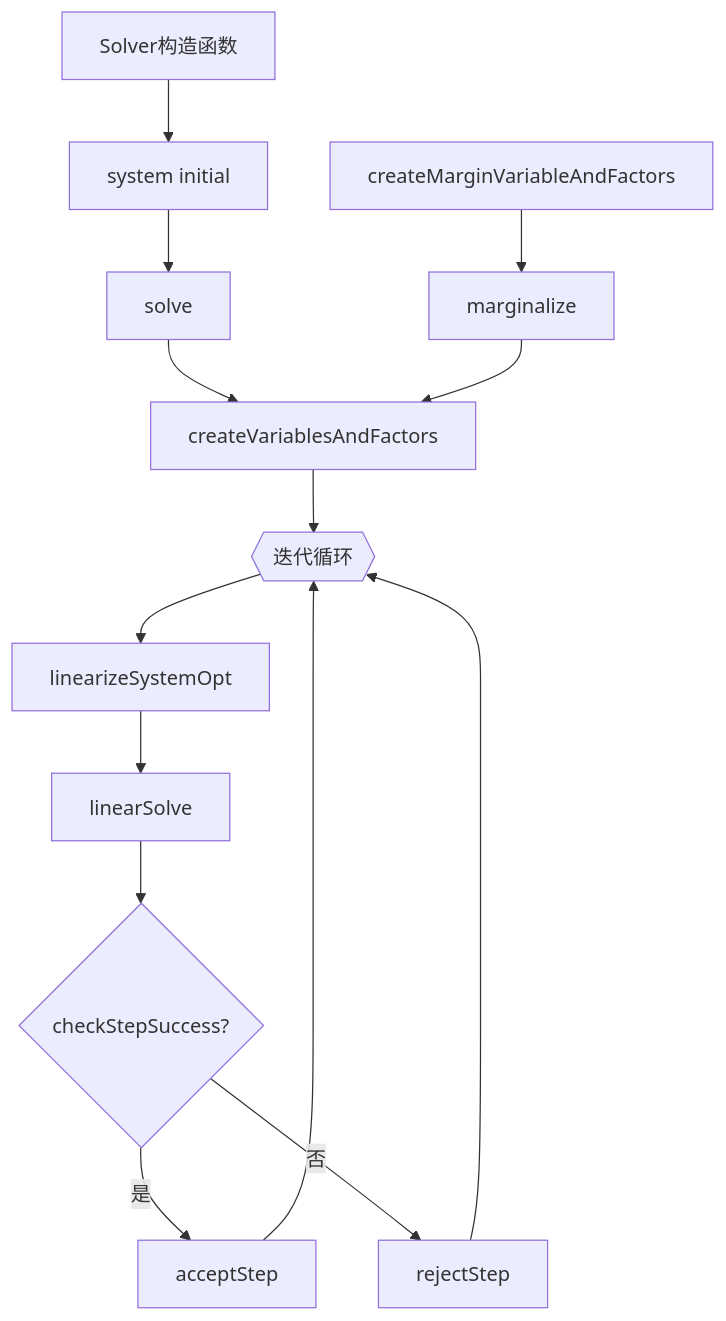
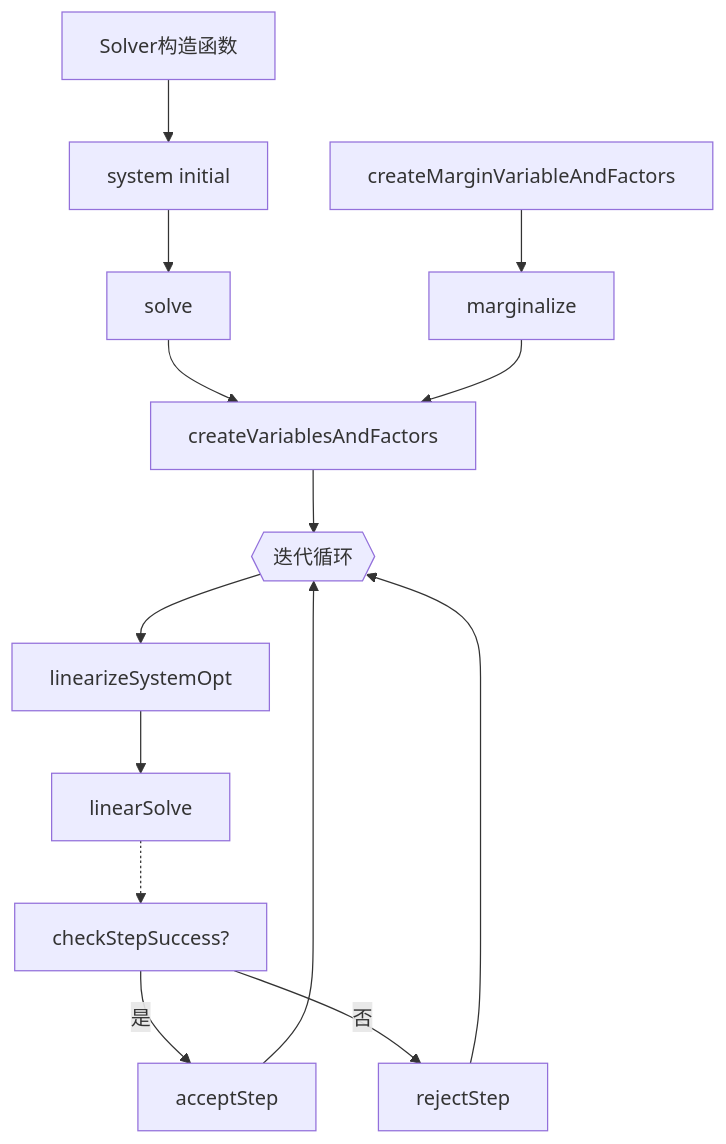
One commit to huzixuan1/iodraw-files changed the diagram in all/未命名-2.md. Above: the diagram before and after it, drawn with Mermaid.

Commit message:
2025-04-17 09:37:42 update

````diff
--- a/all/未命名-2.md
+++ b/all/未命名-2.md
@@ -1,19 +1,20 @@
 ```mermaid
-
 graph TD
     A[Solver构造函数] --> B[system initial]
     B --> C[solve]
     C --> D[createVariablesAndFactors]
     D --> E{{迭代循环}}
     E --> F[linearizeSystemOpt]
     F --> G[linearSolve]
-    G --> H{checkStepSuccess?}
+
+    %% 模拟“右边”分支
+    G -.-> H[checkStepSuccess?]
     H -- 是 --> I[acceptStep]
     H -- 否 --> J[rejectStep]
     I --> E
     J --> E
+
     K[marginalize] --> D
     M[createMarginVariableAndFactors] --> K
 
-
 ```
````
